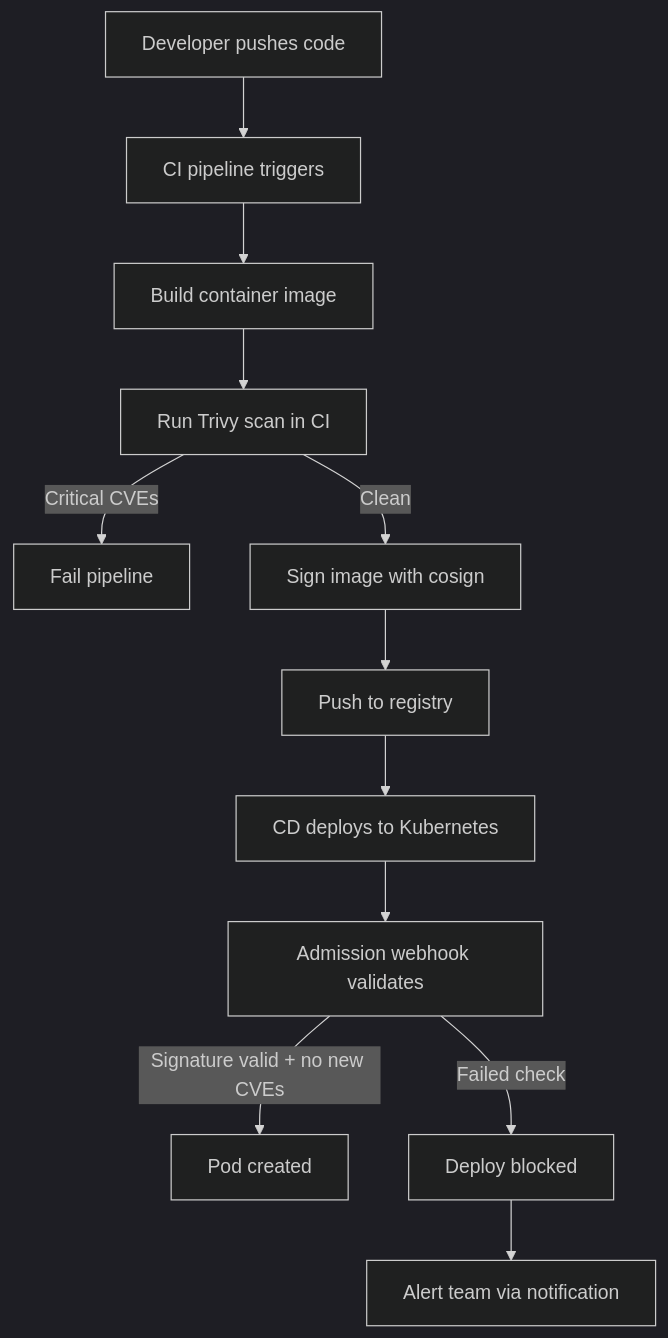
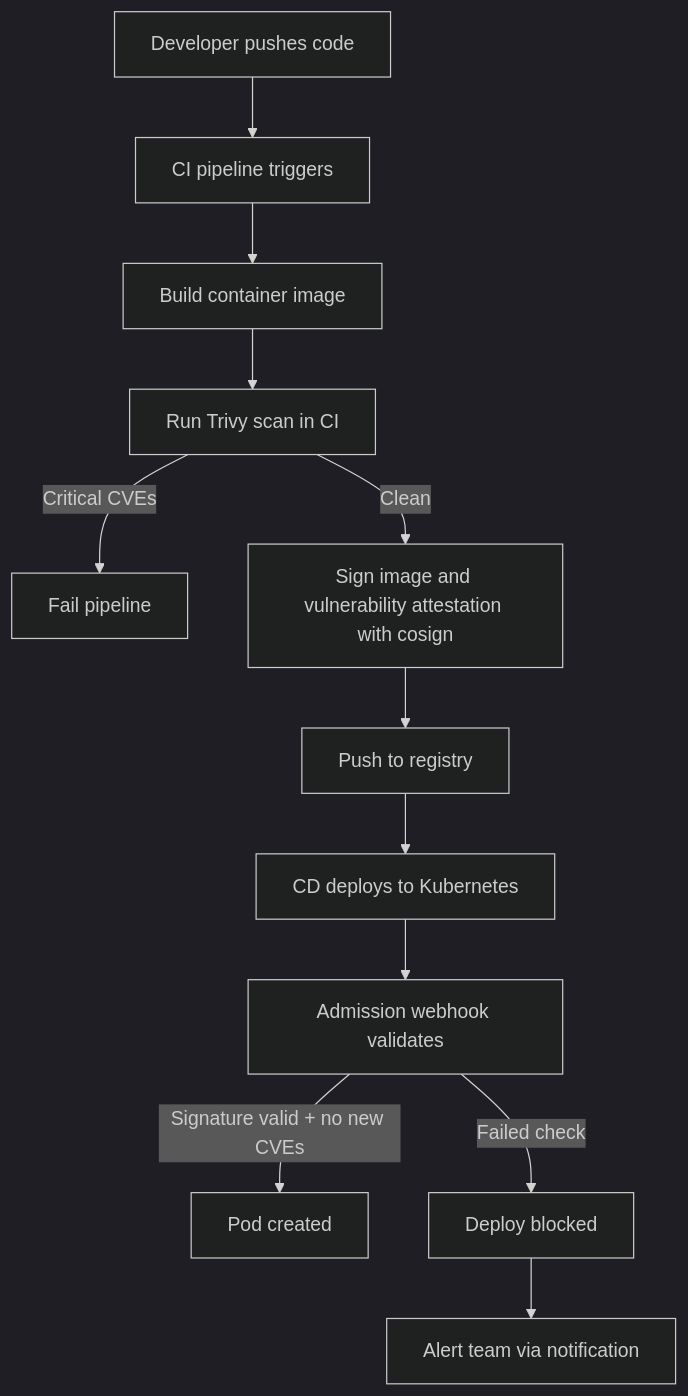
One commit to OneUptime/blog changed the third of 3 diagrams in posts/2026-02-20-kubernetes-image-scanning-admission/README.md. Above: the diagram before and after it, drawn with Mermaid (dark theme). The commit also changed other lines of this file and 2 other files, not shown here.

Commit message:
validate: 2026-02-20-kubernetes-image-scanning-admission

````diff
--- a/posts/2026-02-20-kubernetes-image-scanning-admission/README.md
+++ b/posts/2026-02-20-kubernetes-image-scanning-admission/README.md
@@ -358,14 +372,14 @@
 ```mermaid
 flowchart TD
     A[Developer pushes code] --> B[CI pipeline triggers]
     B --> C[Build container image]
     C --> D[Run Trivy scan in CI]
     D -->|Critical CVEs| E[Fail pipeline]
-    D -->|Clean| F[Sign image with cosign]
+    D -->|Clean| F[Sign image and vulnerability attestation with cosign]
     F --> G[Push to registry]
     G --> H[CD deploys to Kubernetes]
     H --> I[Admission webhook validates]
     I -->|Signature valid + no new CVEs| J[Pod created]
     I -->|Failed check| K[Deploy blocked]
     K --> L[Alert team via notification]
 ```
````
